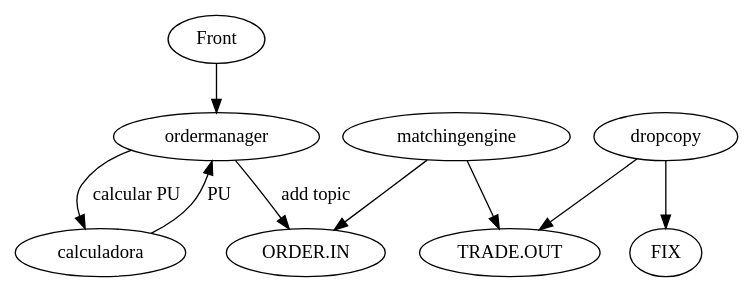
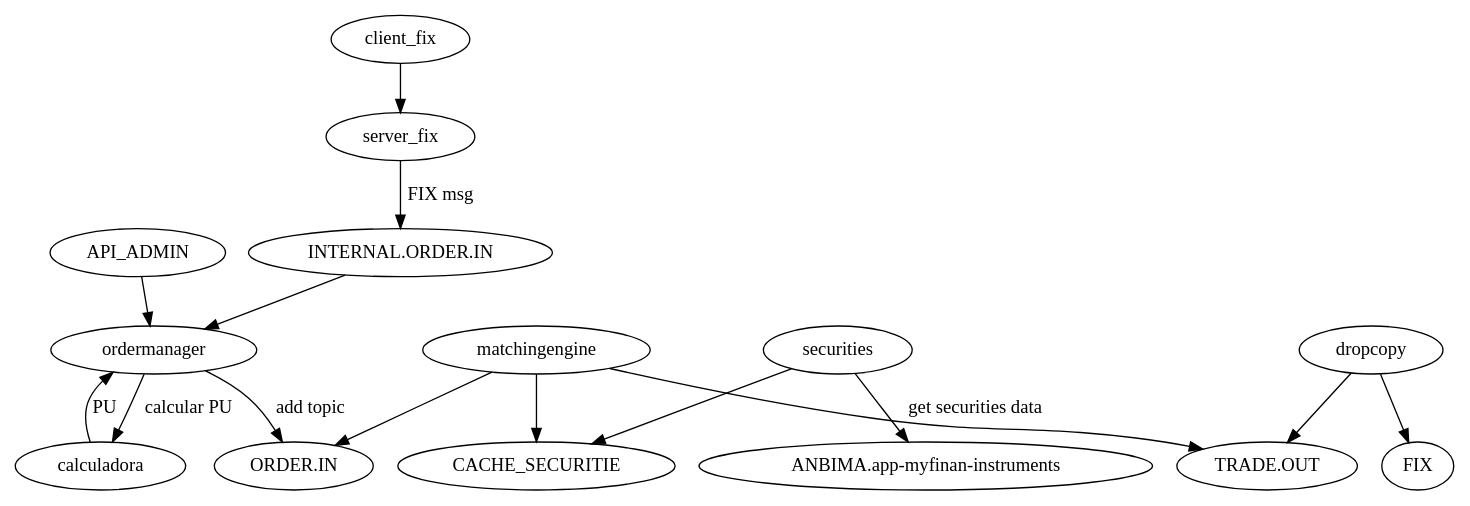
Before and after one commit to flaviotrezena/financial: the diagram in project-map.dot, drawn with Graphviz. The commit also changed 63 other files, not shown here.

```diff
--- a/project-map.dot
+++ b/project-map.dot
@@ -1,10 +1,16 @@
 digraph G {
-  Front -> ordermanager;
+  API_ADMIN -> ordermanager;
+  client_fix -> server_fix;
+  server_fix -> "INTERNAL.ORDER.IN"[label="FIX msg"];
   ordermanager -> calculadora [label="calcular PU"];
+  "INTERNAL.ORDER.IN" -> ordermanager;
+  ordermanager -> "ORDER.IN" [label="add topic"];
   calculadora -> ordermanager [label="PU"];
-  ordermanager -> "ORDER.IN" [label="add topic"];
   matchingengine -> "ORDER.IN";
   matchingengine -> "TRADE.OUT";
   dropcopy -> "TRADE.OUT";
   dropcopy -> "FIX";
+  securities -> "ANBIMA.app-myfinan-instruments" [label="get securities data"];
+  securities -> CACHE_SECURITIE;
+  matchingengine -> CACHE_SECURITIE;
 }
```
